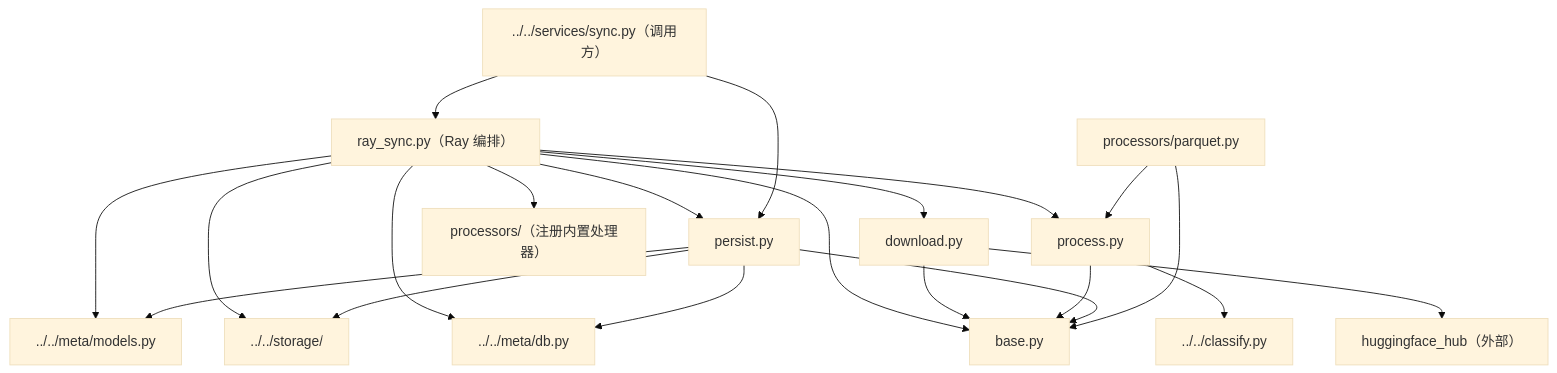
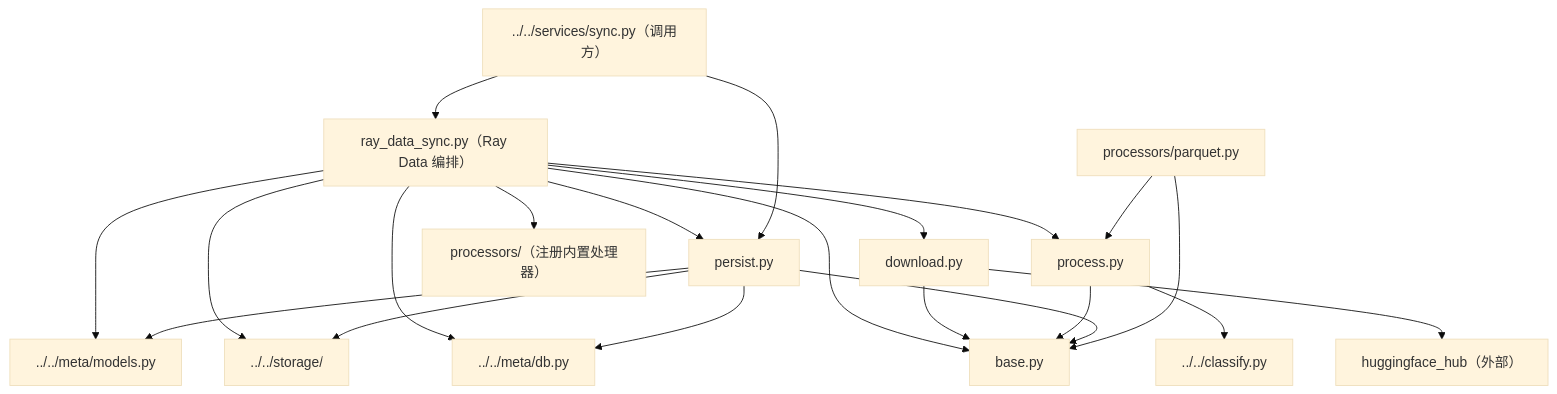
The diagram in llava-instruct/src/llava_instruct/assets/services/downloaders/README.md (zschen211/llm-data-engineering), drawn with Mermaid (base theme) before and after one commit. The commit also changed other lines of this file and 26 other files, not shown here.

Commit message:
sync via Ray Data pipelines: raw/blobs two-layer storage, per-stage observability and grafana dashboard

````diff
--- a/llava-instruct/src/llava_instruct/assets/services/downloaders/README.md
+++ b/llava-instruct/src/llava_instruct/assets/services/downloaders/README.md
@@ -32,28 +32,28 @@
 ```mermaid
 graph TD
-    ray_sync["ray_sync.py（Ray 编排）"] --> download["download.py"]
-    ray_sync --> process["process.py"]
-    ray_sync --> persist["persist.py"]
-    ray_sync --> base["base.py"]
-    ray_sync --> processors["processors/（注册内置处理器）"]
-    ray_sync --> db["../../meta/db.py"]
-    ray_sync --> storage["../../storage/"]
-    ray_sync --> models["../../meta/models.py"]
+    rds["ray_data_sync.py（Ray Data 编排）"] --> download["download.py"]
+    rds --> process["process.py"]
+    rds --> persist["persist.py"]
+    rds --> base["base.py"]
+    rds --> processors["processors/（注册内置处理器）"]
+    rds --> db["../../meta/db.py"]
+    rds --> storage["../../storage/"]
+    rds --> models["../../meta/models.py"]
 
     download --> base
     download --> hub["huggingface_hub（外部）"]
 
     process --> base
     process --> classify["../../classify.py"]
 
     persist --> base
     persist --> db
     persist --> storage
     persist --> models
 
     parquet["processors/parquet.py"] --> base
     parquet --> process
 
-    sync["../../services/sync.py（调用方）"] --> ray_sync
+    sync["../../services/sync.py（调用方）"] --> rds
     sync --> persist
 ```
````
